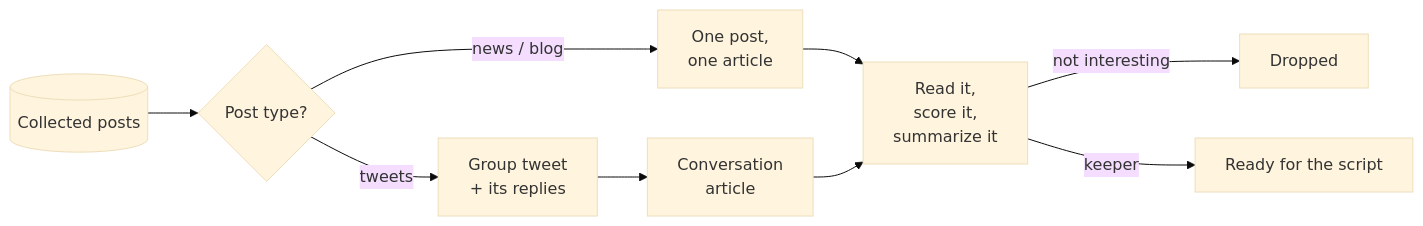
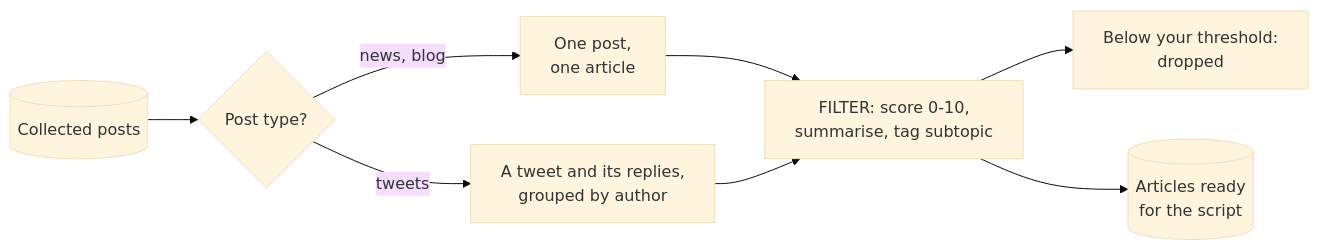
Before and after one commit to sourcelabs-nl/ai-podcast-studio: the fourth of 8 diagrams in README.md, drawn with Mermaid (base theme). The commit also changed other lines of this file and 8 other files, not shown here.

First line of the commit message:
docs(readme): put the pipeline stages up front and render every diagram

````diff
--- a/README.md
+++ b/README.md
@@ -55,11 +100,10 @@
 ```mermaid
-flowchart LR
-    POSTS[("Collected posts")] --> AGG{"Post type?"}
-    AGG -->|"news / blog"| ART1["One post,<br/>one article"]
-    AGG -->|"tweets"| TH["Group tweet<br/>+ its replies"]
-    TH --> ART2["Conversation<br/>article"]
-    ART1 --> SCORE["Read it,<br/>score it,<br/>summarize it"]
-    ART2 --> SCORE
-    SCORE -->|"not interesting"| DROP["Dropped"]
-    SCORE -->|"keeper"| READY["Ready for the script"]
+graph LR
+    POSTS[("Collected posts")]:::datastore --> AGG{"Post type?"}:::decision
+    AGG -->|"news, blog"| ART1["One post,<br/>one article"]:::service
+    AGG -->|"tweets"| TH["A tweet and its replies,<br/>grouped by author"]:::service
+    ART1 --> SCORE
+    TH --> SCORE
+    SCORE["FILTER: score 0-10,<br/>summarise, tag subtopic"]:::platform --> DROP["Below your threshold:<br/>dropped"]:::muted
+    SCORE --> READY[("Articles ready<br/>for the script")]:::datastore
 ```
````
